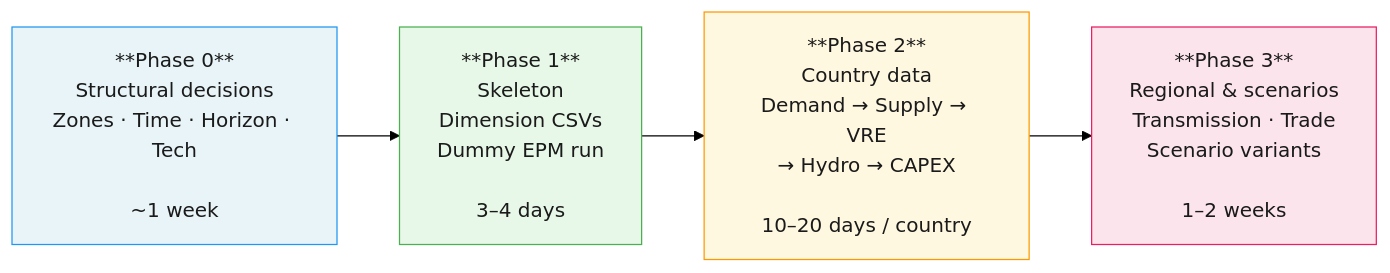
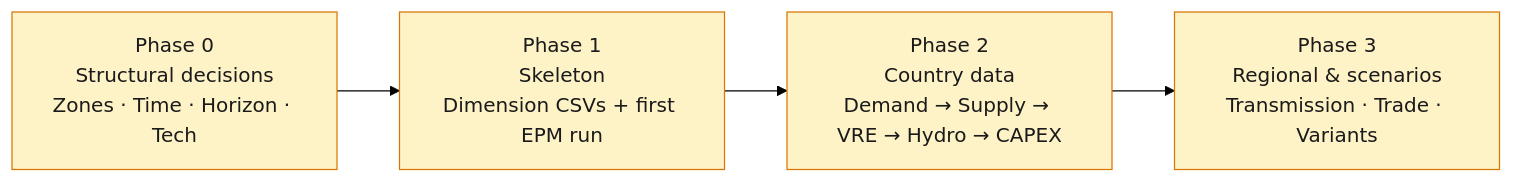
Before and after one commit to ESMAP-World-Bank-Group/EPM: the first of 3 diagrams in docs/preprocessing/pre_overview.md, drawn with Mermaid (forest theme). The commit also changed other lines of this file, not shown here.

First line of the commit message:
docs: clean up data preparation page layout and visuals

````diff
--- a/docs/preprocessing/pre_overview.md
+++ b/docs/preprocessing/pre_overview.md
@@ -11,14 +9,12 @@
 ```mermaid
 flowchart LR
-    P0["**Phase 0**\nStructural decisions\nZones · Time · Horizon · Tech\n\n~1 week"]
-    P1["**Phase 1**\nSkeleton\nDimension CSVs\nDummy EPM run\n\n3–4 days"]
-    P2["**Phase 2**\nCountry data\nDemand → Supply → VRE\n→ Hydro → CAPEX\n\n10–20 days / country"]
-    P3["**Phase 3**\nRegional & scenarios\nTransmission · Trade\nScenario variants\n\n1–2 weeks"]
+    P0["Phase 0\nStructural decisions\nZones · Time · Horizon · Tech"]
+    P1["Phase 1\nSkeleton\nDimension CSVs + first EPM run"]
+    P2["Phase 2\nCountry data\nDemand → Supply → VRE → Hydro → CAPEX"]
+    P3["Phase 3\nRegional & scenarios\nTransmission · Trade · Variants"]
 
     P0 --> P1 --> P2 --> P3
 
-    style P0 fill:#e8f4f8,stroke:#2196F3,color:#1a1a1a
-    style P1 fill:#e8f8e8,stroke:#4CAF50,color:#1a1a1a
-    style P2 fill:#fff8e1,stroke:#FF9800,color:#1a1a1a
-    style P3 fill:#fce4ec,stroke:#E91E63,color:#1a1a1a
+    classDef phase fill:#FEF3C7,stroke:#D97706,color:#1a1a1a
+    class P0,P1,P2,P3 phase
 ```
````
